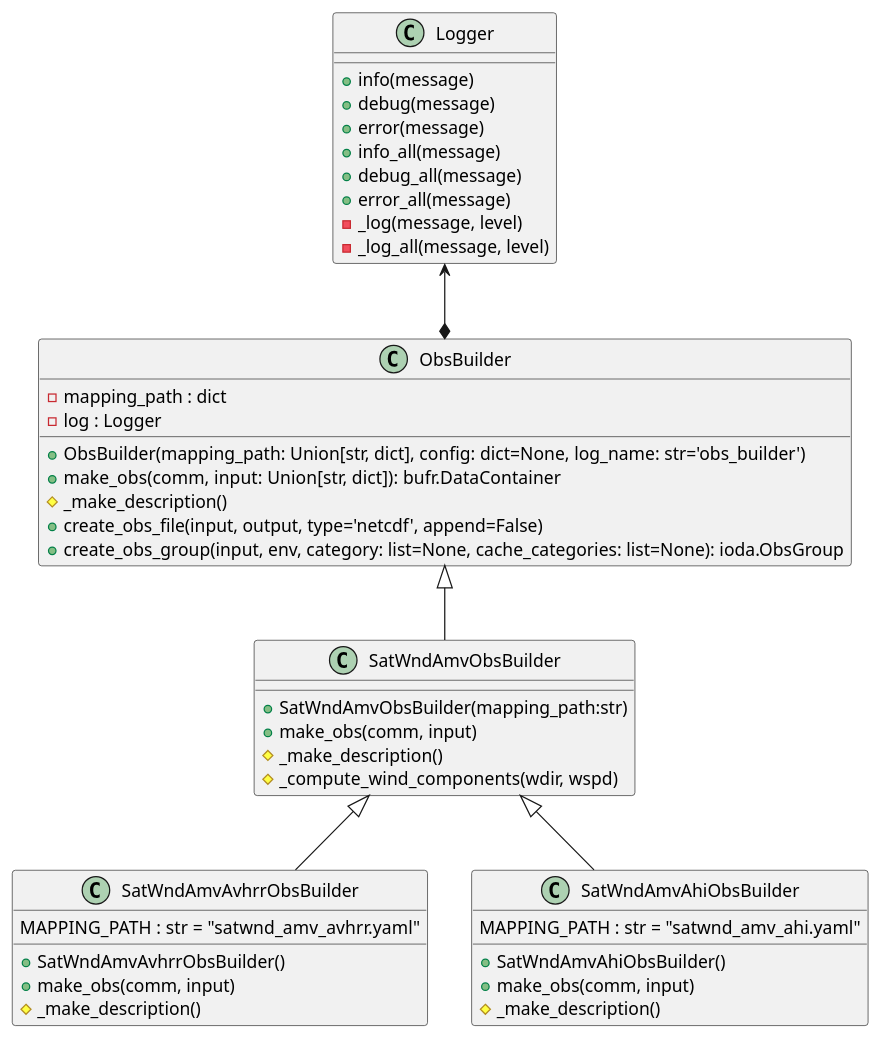
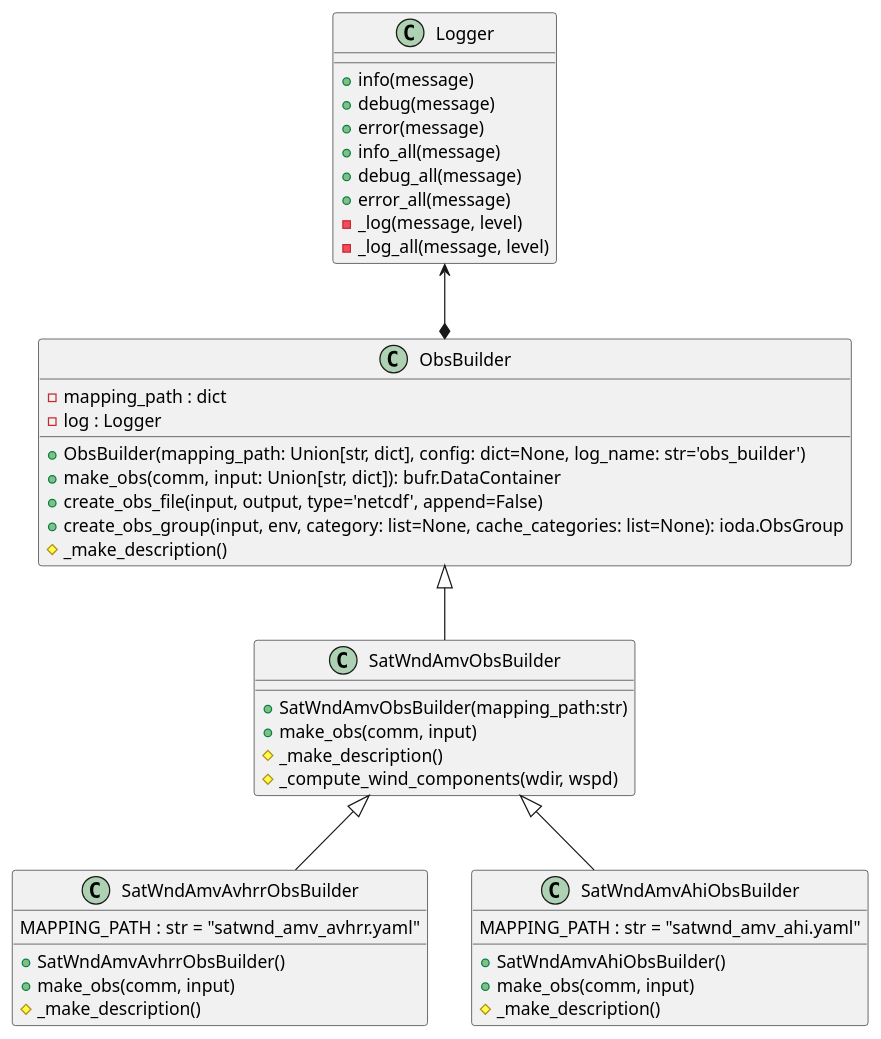
One commit to NOAA-EMC/bufr-query changed the diagram in docs/uml/BUFR_ObsBuilder.puml. Above: the diagram before and after it, drawn with PlantUML. The commit also changed other lines of this file, not shown here.

```diff
--- a/docs/uml/BUFR_ObsBuilder.puml
+++ b/docs/uml/BUFR_ObsBuilder.puml
@@ -1,59 +1,59 @@
 @startuml
 'skinparam dpi 300
 'scale 1024 width
 
 class Logger
 {
   + info(message)
   + debug(message)
   + error(message)
   + info_all(message)
   + debug_all(message)
   + error_all(message)
   - _log(message, level)
   - _log_all(message, level)
 }
 
 class ObsBuilder
 {
   - mapping_path : dict
   - log : Logger
 
   + ObsBuilder(mapping_path: Union[str, dict], config: dict=None, log_name: str='obs_builder')
   + make_obs(comm, input: Union[str, dict]): bufr.DataContainer
-  # _make_description()
   + create_obs_file(input, output, type='netcdf', append=False)
   + create_obs_group(input, env, category: list=None, cache_categories: list=None): ioda.ObsGroup
+  # _make_description()
 }
 
 class SatWndAmvObsBuilder
 {
   + SatWndAmvObsBuilder(mapping_path:str)
   + make_obs(comm, input)
   # _make_description()
   # _compute_wind_components(wdir, wspd)
 }
 
 class SatWndAmvAvhrrObsBuilder
 {
   MAPPING_PATH : str = "satwnd_amv_avhrr.yaml"
   + SatWndAmvAvhrrObsBuilder()
   + make_obs(comm, input)
   # _make_description()
 }
 
 class SatWndAmvAhiObsBuilder
 {
    MAPPING_PATH : str = "satwnd_amv_ahi.yaml"
   + SatWndAmvAhiObsBuilder()
   + make_obs(comm, input)
   # _make_description()
 }
 
 Logger <--* ObsBuilder
 ObsBuilder <|-- SatWndAmvObsBuilder
 SatWndAmvObsBuilder <|-- SatWndAmvAvhrrObsBuilder
 SatWndAmvObsBuilder <|-- SatWndAmvAhiObsBuilder
 
 
 @enduml
```
